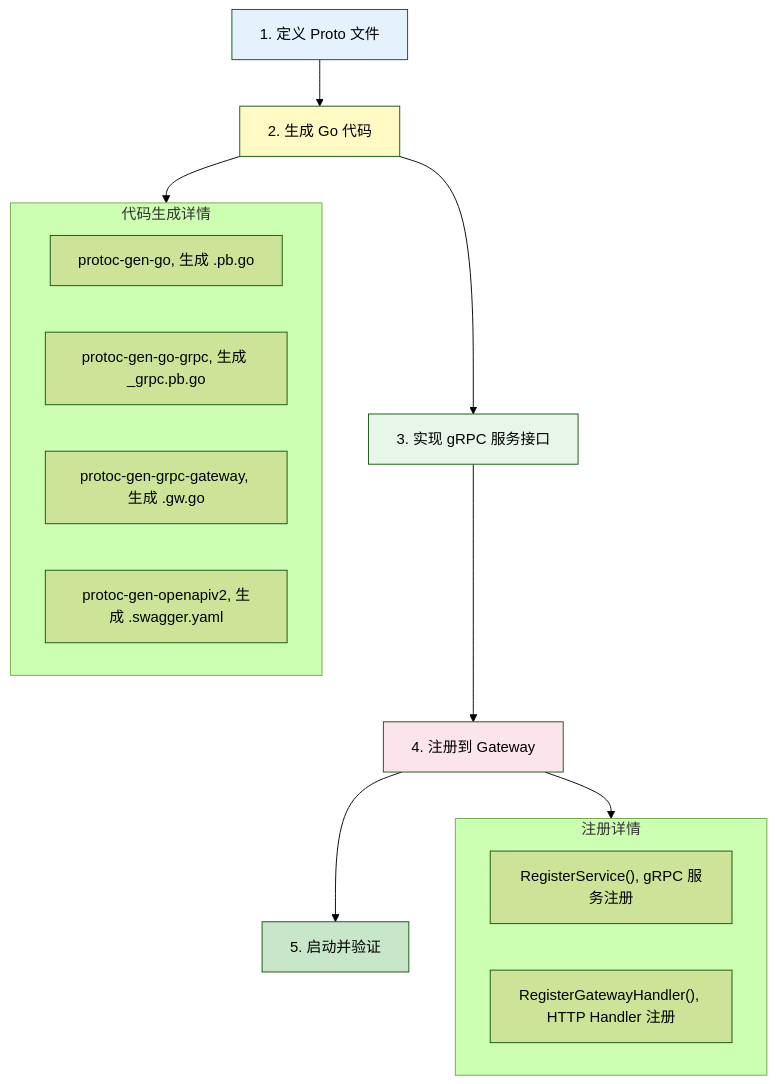
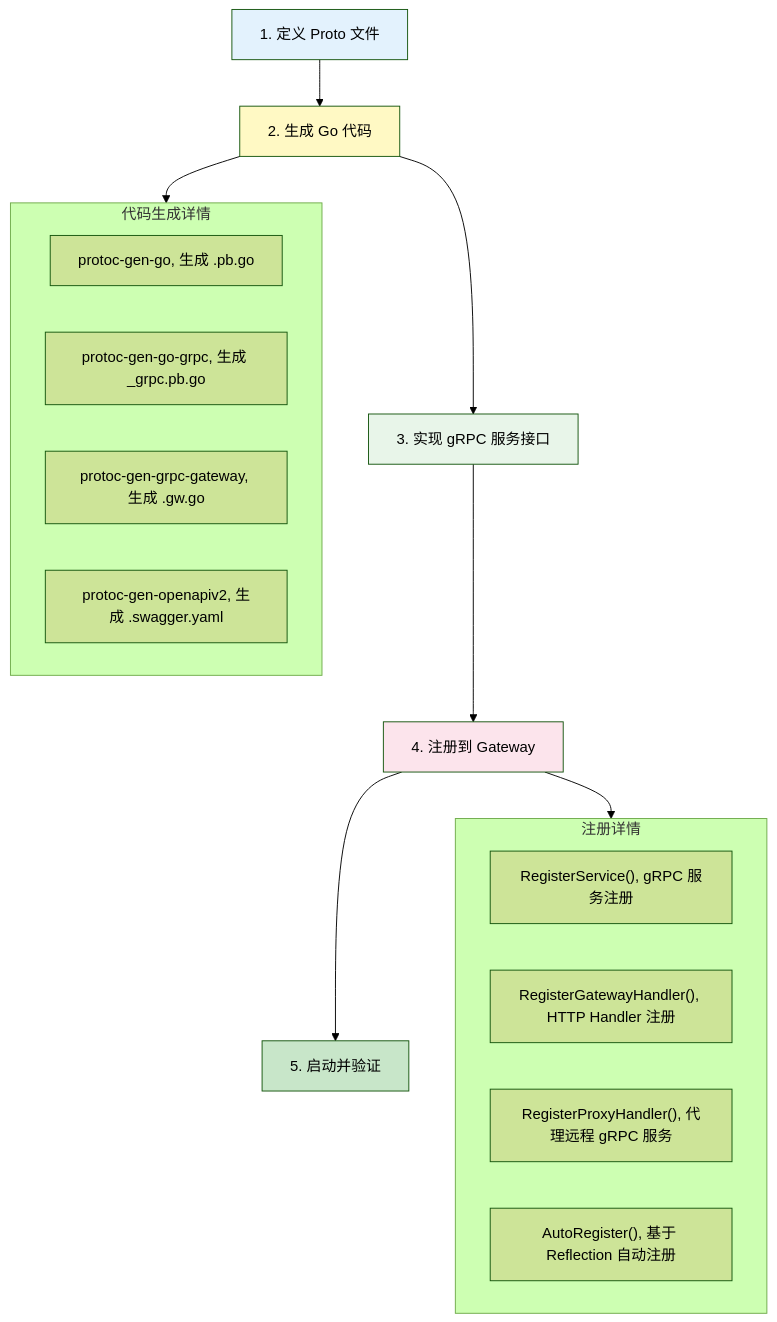
One commit to kamalyes/go-rpc-gateway changed the first of 5 diagrams in docs/SERVICE-REGISTRATION.md. Above: the diagram before and after it, drawn with Mermaid (forest theme). The commit also changed other lines of this file and 20 other files, not shown here.

````diff
--- a/docs/SERVICE-REGISTRATION.md
+++ b/docs/SERVICE-REGISTRATION.md
@@ -11,29 +11,31 @@
 ```mermaid
 flowchart TD
     PROTO["1. 定义 Proto 文件"] --> GEN["2. 生成 Go 代码"]
     GEN --> IMPL["3. 实现 gRPC 服务接口"]
     IMPL --> REG["4. 注册到 Gateway"]
     REG --> RUN["5. 启动并验证"]
 
     subgraph GEN_DETAIL["代码生成详情"]
         G1["protoc-gen-go, 生成 .pb.go"]
         G2["protoc-gen-go-grpc, 生成 _grpc.pb.go"]
         G3["protoc-gen-grpc-gateway, 生成 .gw.go"]
         G4["protoc-gen-openapiv2, 生成 .swagger.yaml"]
     end
 
     GEN --> GEN_DETAIL
 
     subgraph REG_DETAIL["注册详情"]
         R1["RegisterService(), gRPC 服务注册"]
         R2["RegisterGatewayHandler(), HTTP Handler 注册"]
+        R3["RegisterProxyHandler(), 代理远程 gRPC 服务"]
+        R4["AutoRegister(), 基于 Reflection 自动注册"]
     end
 
     REG --> REG_DETAIL
 
     style PROTO fill:#e3f2fd
     style GEN fill:#fff9c4
     style IMPL fill:#e8f5e9
     style REG fill:#fce4ec
     style RUN fill:#c8e6c9
 ```
````
